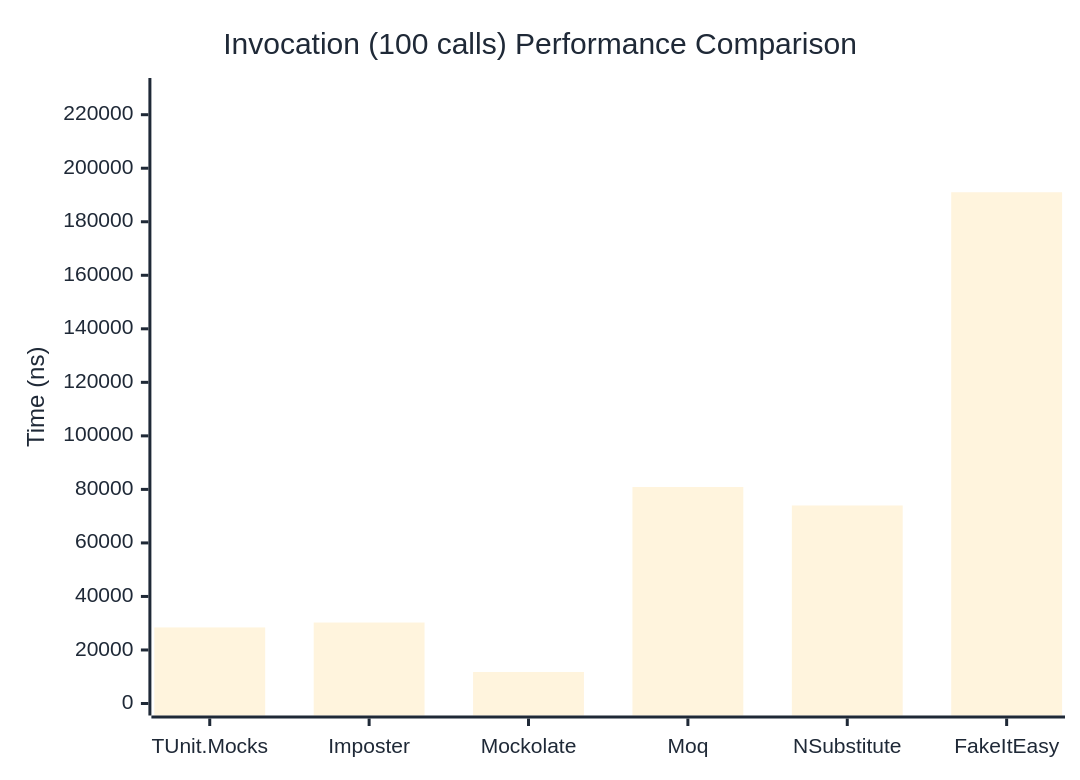
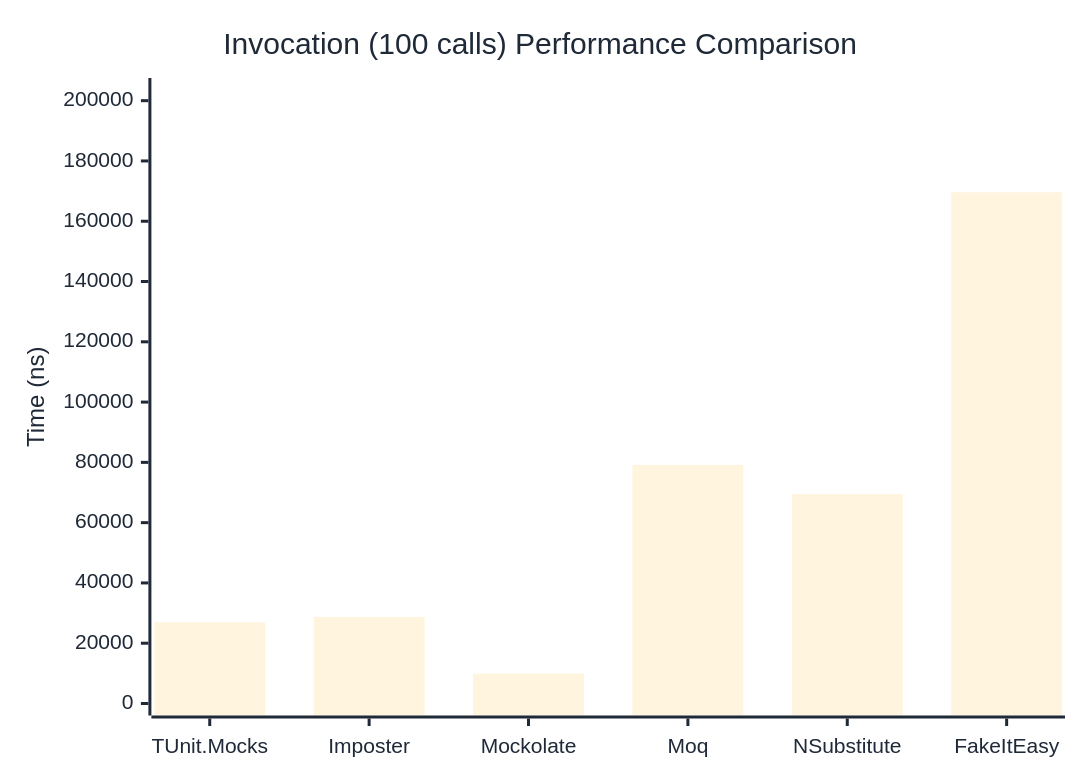
The third of 3 diagrams in docs/docs/benchmarks/mocks/Invocation.md (thomhurst/TUnit), drawn with Mermaid before and after one commit. The commit also changed other lines of this file and 14 other files, not shown here.

````diff
--- a/docs/docs/benchmarks/mocks/Invocation.md
+++ b/docs/docs/benchmarks/mocks/Invocation.md
@@ -112,27 +112,27 @@
 ```mermaid
 %%{init: {
   'theme':'base',
   'themeVariables': {
     'primaryColor': '#2563eb',
     'primaryTextColor': '#1f2937',
     'primaryBorderColor': '#1e40af',
     'lineColor': '#6b7280',
     'secondaryColor': '#7c3aed',
     'tertiaryColor': '#dc2626',
     'background': '#ffffff',
     'pie1': '#2563eb',
     'pie2': '#7c3aed',
     'pie3': '#dc2626',
     'pie4': '#f59e0b',
     'pie5': '#10b981',
     'pie6': '#06b6d4',
     'pie7': '#ec4899',
     'pie8': '#6366f1'
   }
 }}%%
 xychart-beta
   title "Invocation (100 calls) Performance Comparison"
   x-axis ["TUnit.Mocks", "Imposter", "Mockolate", "Moq", "NSubstitute", "FakeItEasy"]
-  y-axis "Time (ns)" 0 --> 229229
-  bar [28422.4, 30252.2, 11762.3, 80885.5, 73991.9, 191024.1]
+  y-axis "Time (ns)" 0 --> 203544
+  bar [26952.45, 28726.85, 9914.66, 79160.41, 69449.77, 169619.4]
 ```
````
